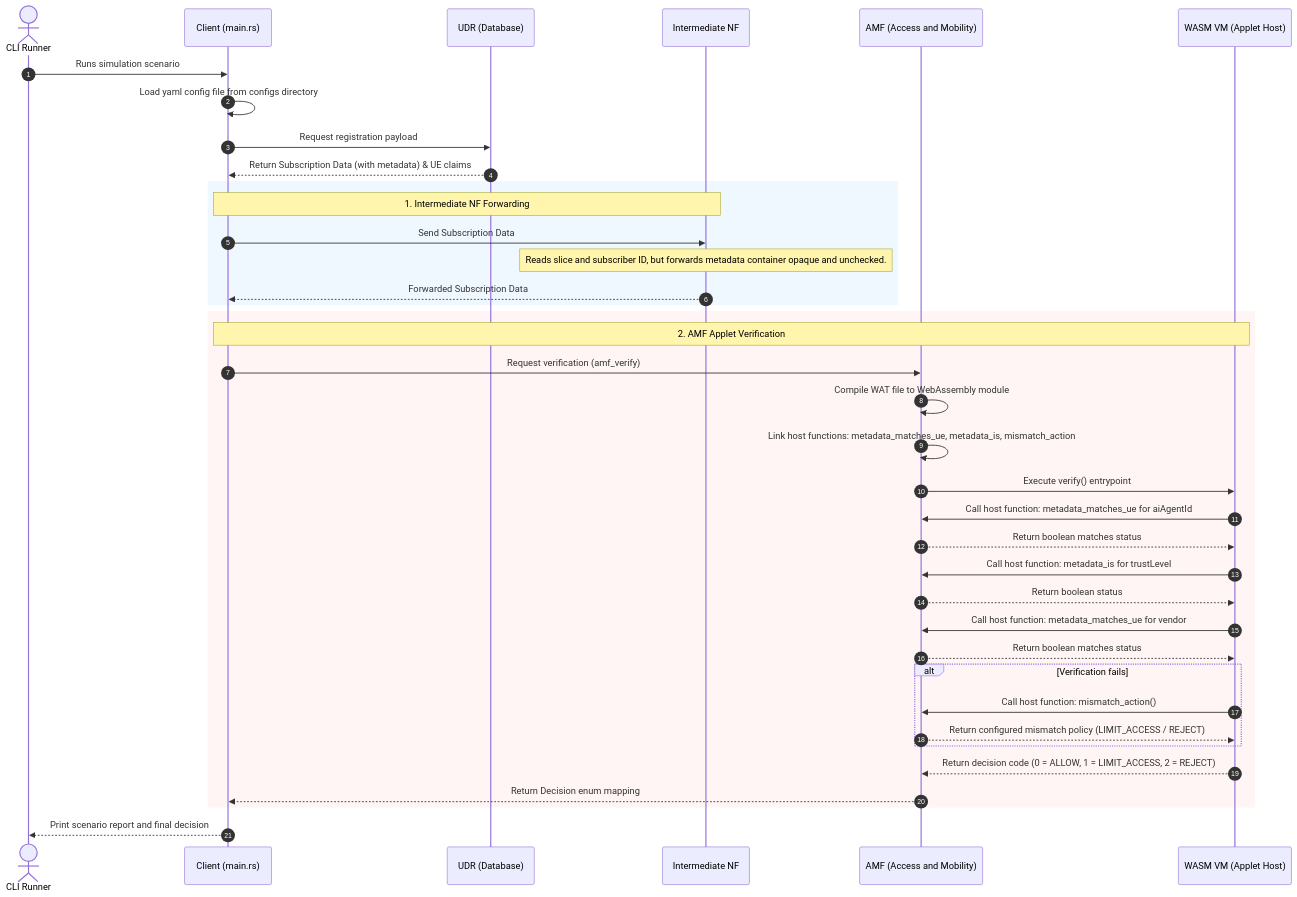
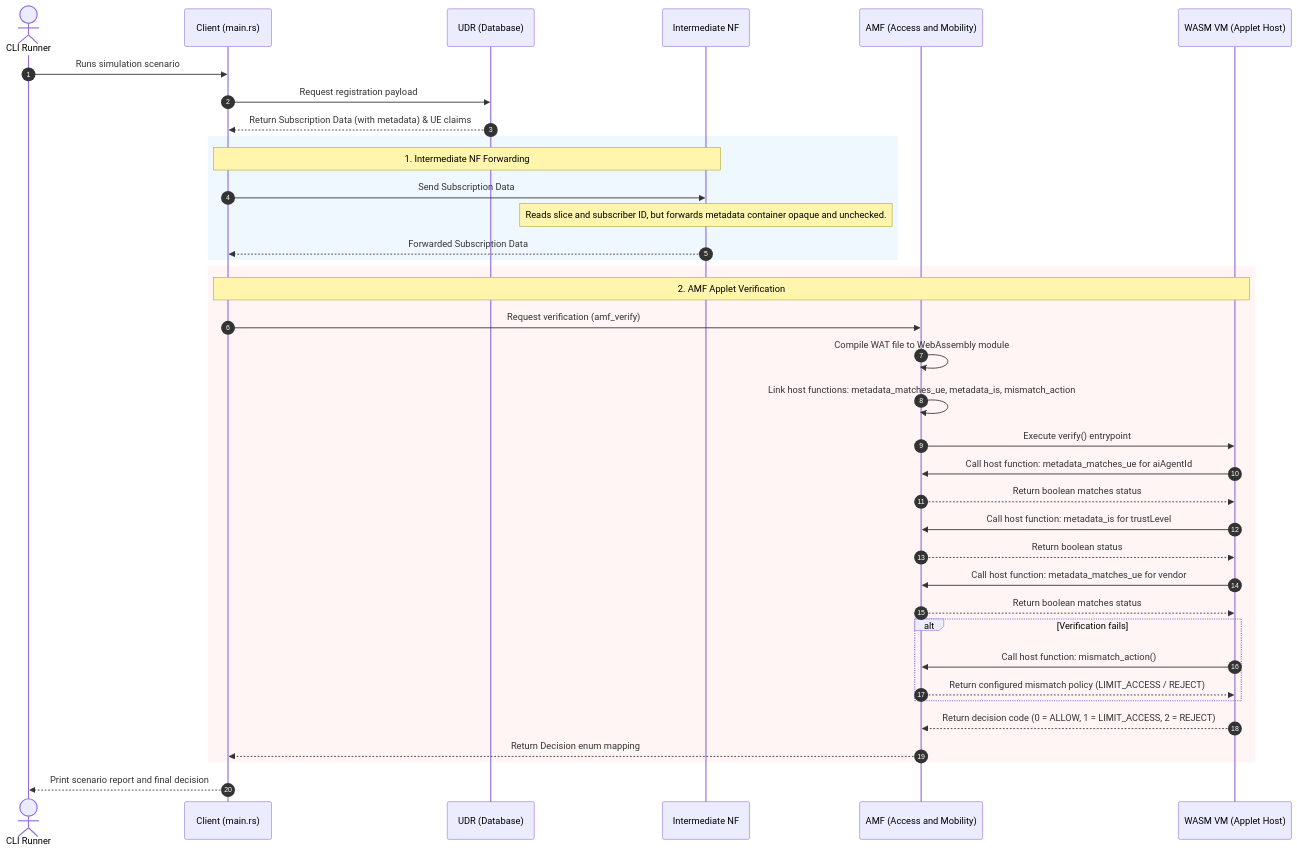
The diagram in README.md (acore2026/programmable-para), drawn with Mermaid before and after one commit. The commit also changed other lines of this file and 6 other files, not shown here.

Commit message:
refactor: remove config file and load_config, hardcode static route configuration instead

````diff
--- a/README.md
+++ b/README.md
@@ -44,49 +44,48 @@
 ```mermaid
 sequenceDiagram
     autonumber
     actor User as CLI Runner
     participant Main as Client (main.rs)
     participant UDR as UDR (Database)
     participant INF as Intermediate NF
     participant AMF as AMF (Access and Mobility)
     participant WASM as WASM VM (Applet Host)
 
     User->>Main: Runs simulation scenario
-    Main->>Main: Load yaml config file from configs directory
     Main->>UDR: Request registration payload
     UDR-->>Main: Return Subscription Data (with metadata) & UE claims
 
     rect rgb(240, 248, 255)
     Note over Main, INF: 1. Intermediate NF Forwarding
     Main->>INF: Send Subscription Data
     Note over INF: Reads slice and subscriber ID, but forwards metadata container opaque and unchecked.
     INF-->>Main: Forwarded Subscription Data
     end
 
     rect rgb(255, 245, 245)
     Note over Main, WASM: 2. AMF Applet Verification
     Main->>AMF: Request verification (amf_verify)
     AMF->>AMF: Compile WAT file to WebAssembly module
     AMF->>AMF: Link host functions: metadata_matches_ue, metadata_is, mismatch_action
     AMF->>WASM: Execute verify() entrypoint
     
     WASM->>AMF: Call host function: metadata_matches_ue for aiAgentId
     AMF-->>WASM: Return boolean matches status
     
     WASM->>AMF: Call host function: metadata_is for trustLevel
     AMF-->>WASM: Return boolean status
 
     WASM->>AMF: Call host function: metadata_matches_ue for vendor
     AMF-->>WASM: Return boolean matches status
 
     alt Verification fails
         WASM->>AMF: Call host function: mismatch_action()
         AMF-->>WASM: Return configured mismatch policy (LIMIT_ACCESS / REJECT)
     end
 
     WASM-->>AMF: Return decision code (0 = ALLOW, 1 = LIMIT_ACCESS, 2 = REJECT)
     AMF-->>Main: Return Decision enum mapping
     end
 
     Main-->>User: Print scenario report and final decision
 ```
````
